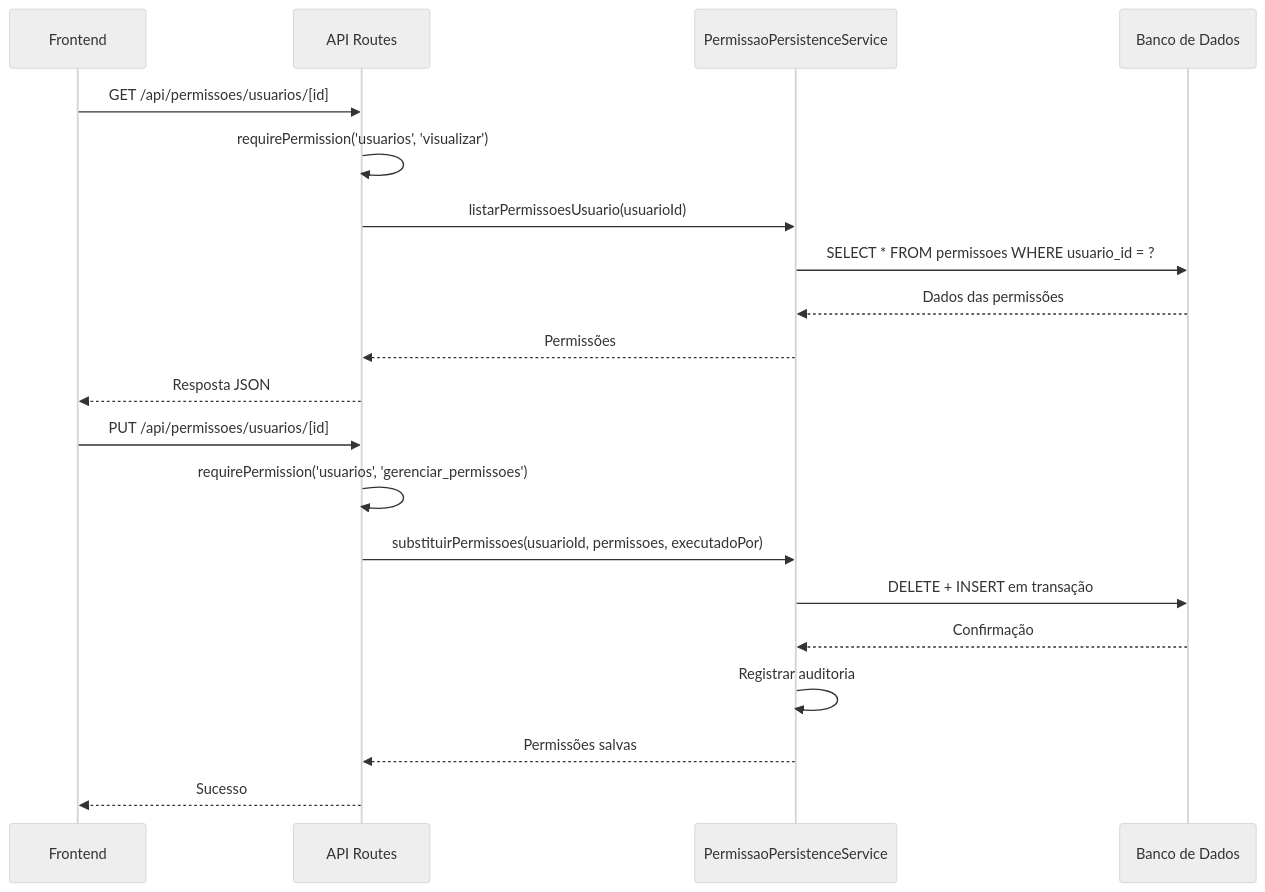
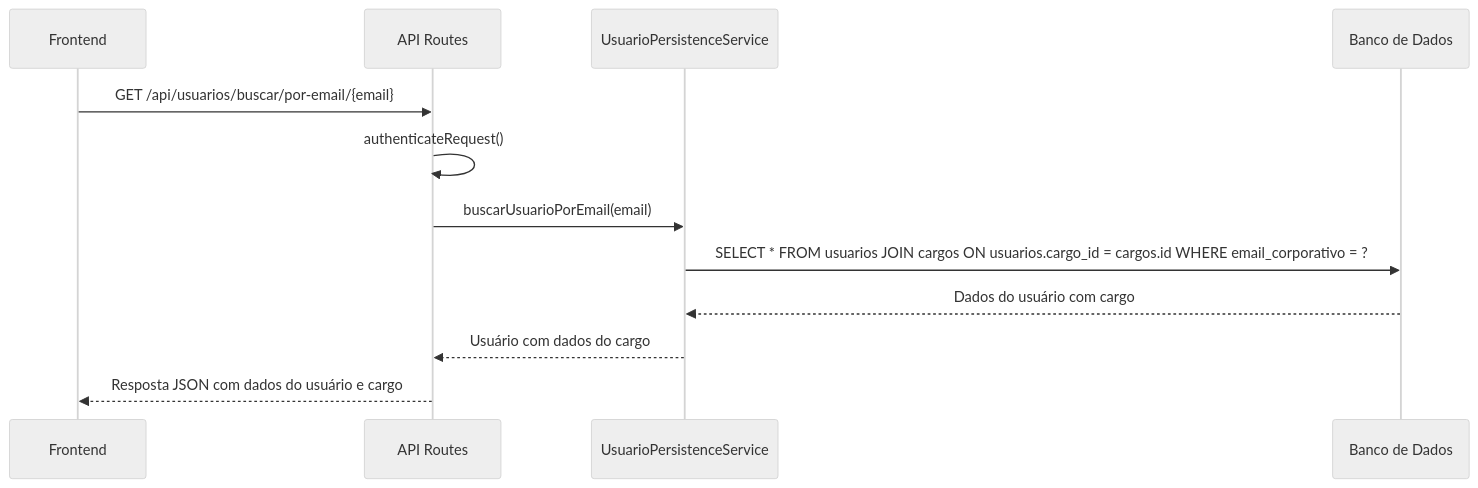
Before and after one commit to SinesysTech/zattar-os: the second of 5 diagrams in .qoder/repowiki/pt/content/Módulos de Funcionalidade/Gestao Usuarios Permissoes.md, drawn with Mermaid (neutral theme). The commit also changed other lines of this file and 6 other files, not shown here.

````diff
--- a/.qoder/repowiki/pt/content/Módulos de Funcionalidade/Gestao Usuarios Permissoes.md
+++ b/.qoder/repowiki/pt/content/Módulos de Funcionalidade/Gestao Usuarios Permissoes.md
@@ -72,22 +87,14 @@
 ```mermaid
 sequenceDiagram
 participant Frontend as Frontend
 participant API as API Routes
-participant Service as PermissaoPersistenceService
+participant Service as UsuarioPersistenceService
 participant DB as Banco de Dados
-Frontend->>API : GET /api/permissoes/usuarios/[id]
-API->>API : requirePermission('usuarios', 'visualizar')
-API->>Service : listarPermissoesUsuario(usuarioId)
-Service->>DB : SELECT * FROM permissoes WHERE usuario_id = ?
-DB-->>Service : Dados das permissões
-Service-->>API : Permissões
-API-->>Frontend : Resposta JSON
-Frontend->>API : PUT /api/permissoes/usuarios/[id]
-API->>API : requirePermission('usuarios', 'gerenciar_permissoes')
-API->>Service : substituirPermissoes(usuarioId, permissoes, executadoPor)
-Service->>DB : DELETE + INSERT em transação
-DB-->>Service : Confirmação
-Service->>Service : Registrar auditoria
-Service-->>API : Permissões salvas
-API-->>Frontend : Sucesso
+Frontend->>API : GET /api/usuarios/buscar/por-email/{email}
+API->>API : authenticateRequest()
+API->>Service : buscarUsuarioPorEmail(email)
+Service->>DB : SELECT * FROM usuarios JOIN cargos ON usuarios.cargo_id = cargos.id WHERE email_corporativo = ?
+DB-->>Service : Dados do usuário com cargo
+Service-->>API : Usuário com dados do cargo
+API-->>Frontend : Resposta JSON com dados do usuário e cargo
 ```
````
